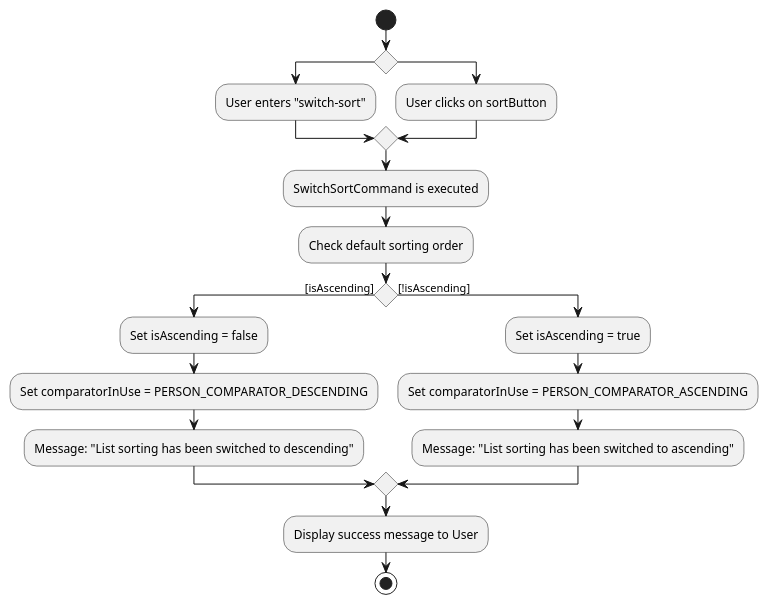
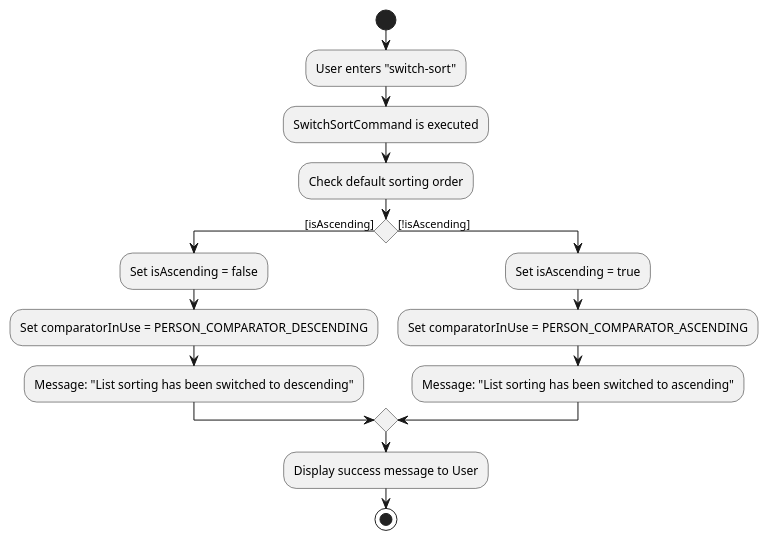
One commit to AY2425S2-CS2103-F15-3/tp changed the diagram in diagrams/SwitchSortActivityDiagram.puml. Above: the diagram before and after it, drawn with PlantUML. The commit also changed 23 other files, not shown here.

```diff
--- a/diagrams/SwitchSortActivityDiagram.puml
+++ b/diagrams/SwitchSortActivityDiagram.puml
@@ -1,25 +1,20 @@
 @startuml
 start
 
-if ()
-    :User enters "switch-sort";
-else ()
-    :User clicks on sortButton;
-endif
-
+:User enters "switch-sort";
 :SwitchSortCommand is executed;
 :Check default sorting order;
 
 if () then ([isAscending])
     :Set isAscending = false;
     :Set comparatorInUse = PERSON_COMPARATOR_DESCENDING;
     :Message: "List sorting has been switched to descending";
 else ([!isAscending])
     :Set isAscending = true;
     :Set comparatorInUse = PERSON_COMPARATOR_ASCENDING;
     :Message: "List sorting has been switched to ascending";
 endif
 
 :Display success message to User;
 stop
 @enduml
```
